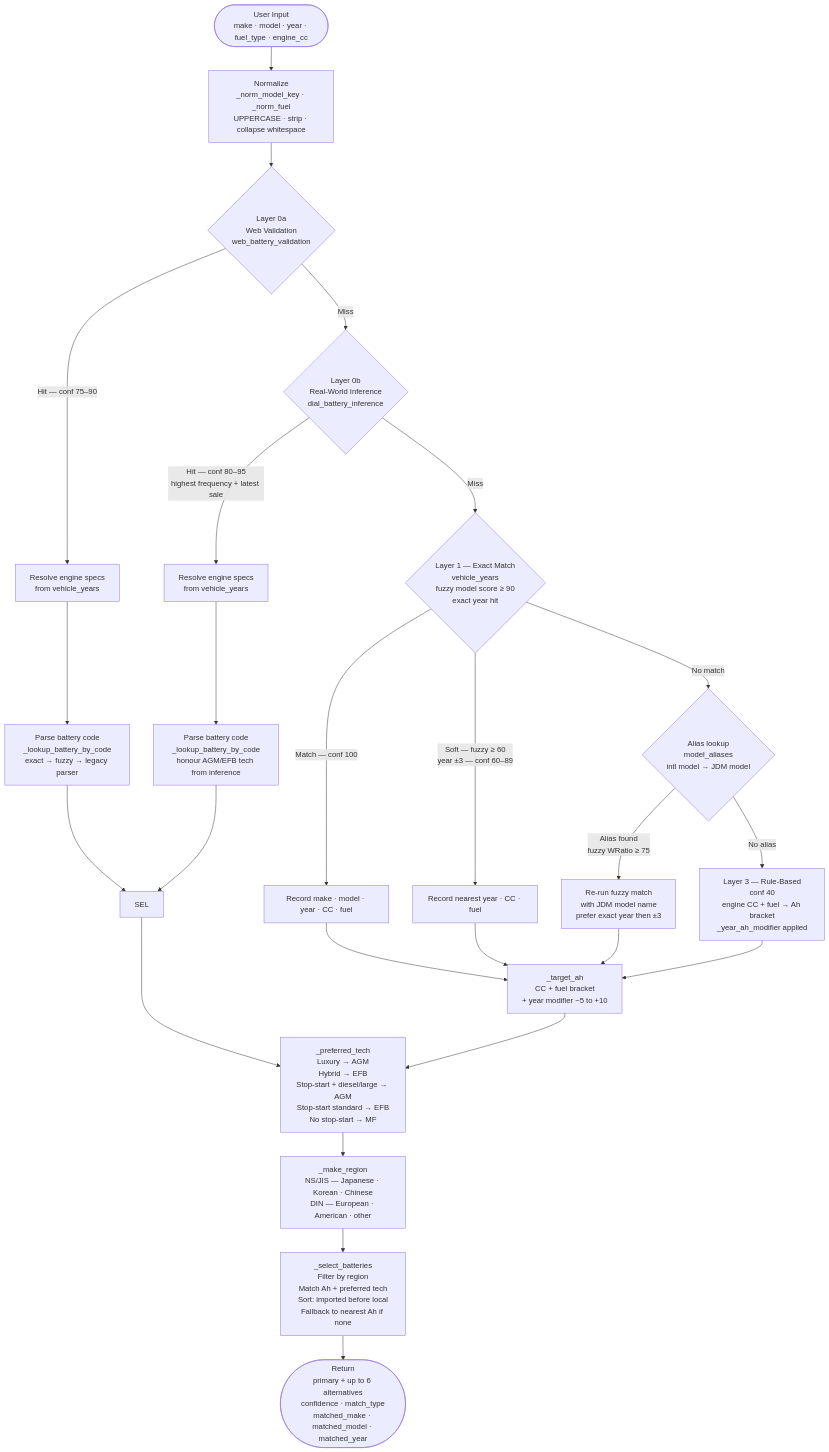
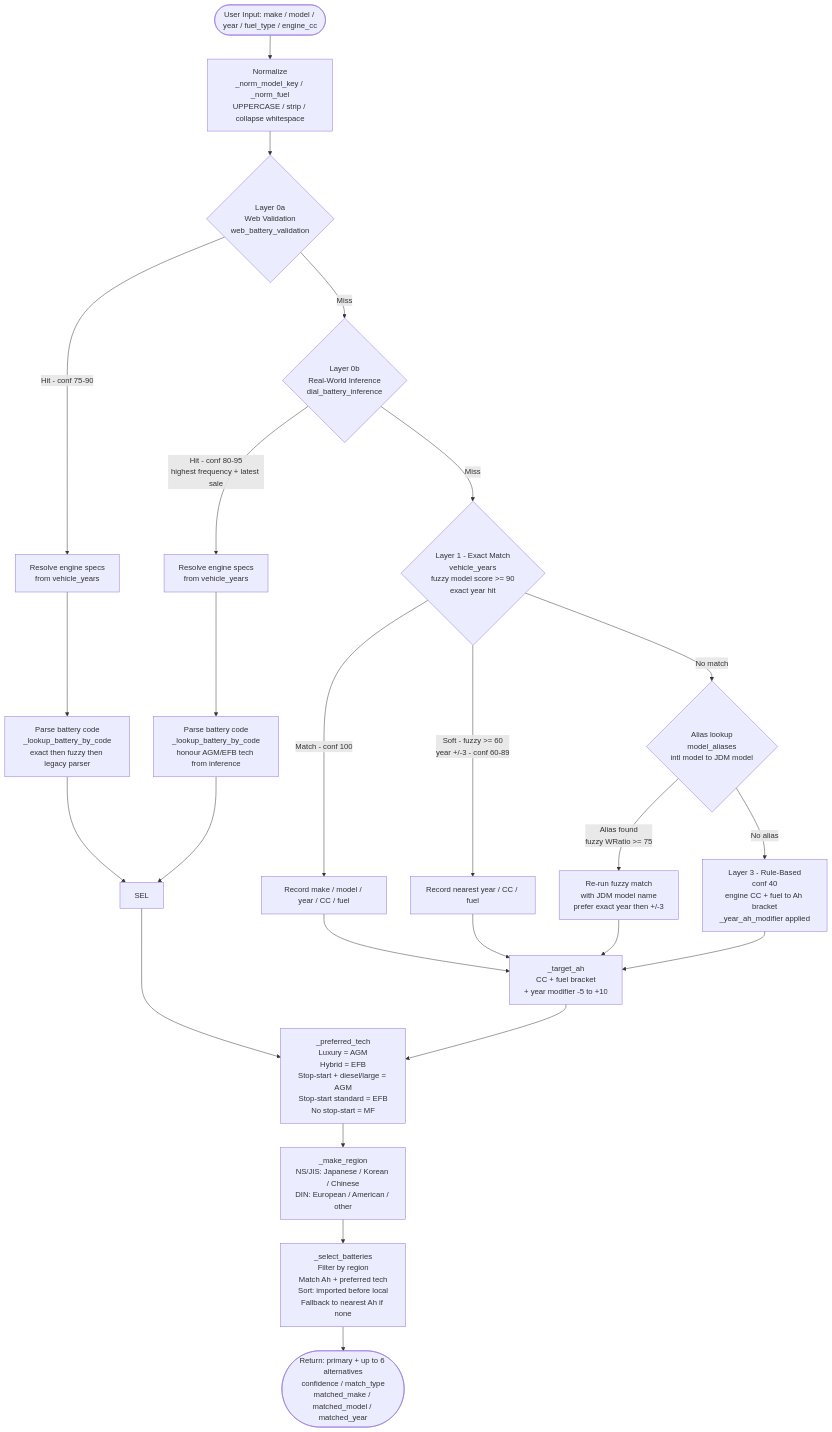
One commit to em-brandon/Chloride-Exide-KE-Battery-Finder-Web-App changed the first of 3 diagrams in README.md. Above: the diagram before and after it, drawn with Mermaid. The commit also changed other lines of this file, not shown here.

First line of the commit message:
docs: fix Mermaid diagrams not rendering on GitHub

````diff
--- a/README.md
+++ b/README.md
@@ -414,33 +414,33 @@
 ```mermaid
 flowchart TD
-    A([User Input\nmake · model · year · fuel_type · engine_cc]) --> B[Normalize\n_norm_model_key · _norm_fuel\nUPPERCASE · strip · collapse whitespace]
+    A([User Input: make / model / year / fuel_type / engine_cc]) --> B[Normalize\n_norm_model_key / _norm_fuel\nUPPERCASE / strip / collapse whitespace]
     B --> C{Layer 0a\nWeb Validation\nweb_battery_validation}
 
-    C -->|Hit — conf 75–90| D[Resolve engine specs\nfrom vehicle_years]
-    D --> WF[Parse battery code\n_lookup_battery_by_code\nexact → fuzzy → legacy parser]
+    C -->|Hit - conf 75-90| D[Resolve engine specs\nfrom vehicle_years]
+    D --> WF[Parse battery code\n_lookup_battery_by_code\nexact then fuzzy then legacy parser]
     WF --> SEL
 
     C -->|Miss| E{Layer 0b\nReal-World Inference\ndial_battery_inference}
-    E -->|Hit — conf 80–95\nhighest frequency + latest sale| G[Resolve engine specs\nfrom vehicle_years]
+    E -->|Hit - conf 80-95\nhighest frequency + latest sale| G[Resolve engine specs\nfrom vehicle_years]
     G --> WF2[Parse battery code\n_lookup_battery_by_code\nhonour AGM/EFB tech from inference]
     WF2 --> SEL
 
-    E -->|Miss| H{Layer 1 — Exact Match\nvehicle_years\nfuzzy model score ≥ 90\nexact year hit}
-    H -->|Match — conf 100| I[Record make · model · year · CC · fuel]
-    H -->|Soft — fuzzy ≥ 60\nyear ±3 — conf 60–89| J[Record nearest year · CC · fuel]
-    H -->|No match| K{Alias lookup\nmodel_aliases\nintl model → JDM model}
+    E -->|Miss| H{Layer 1 - Exact Match\nvehicle_years\nfuzzy model score >= 90\nexact year hit}
+    H -->|Match - conf 100| I[Record make / model / year / CC / fuel]
+    H -->|Soft - fuzzy >= 60\nyear +/-3 - conf 60-89| J[Record nearest year / CC / fuel]
+    H -->|No match| K{Alias lookup\nmodel_aliases\nintl model to JDM model}
 
     I --> AH
     J --> AH
 
-    K -->|Alias found\nfuzzy WRatio ≥ 75| M[Re-run fuzzy match\nwith JDM model name\nprefer exact year then ±3]
+    K -->|Alias found\nfuzzy WRatio >= 75| M[Re-run fuzzy match\nwith JDM model name\nprefer exact year then +/-3]
     M --> AH
-    K -->|No alias| N[Layer 3 — Rule-Based\nconf 40\nengine CC + fuel → Ah bracket\n_year_ah_modifier applied]
+    K -->|No alias| N[Layer 3 - Rule-Based\nconf 40\nengine CC + fuel to Ah bracket\n_year_ah_modifier applied]
     N --> AH
 
-    AH[_target_ah\nCC + fuel bracket\n+ year modifier −5 to +10] --> PT
-    SEL --> PT[_preferred_tech\nLuxury → AGM\nHybrid → EFB\nStop-start + diesel/large → AGM\nStop-start standard → EFB\nNo stop-start → MF]
-    PT --> RG[_make_region\nNS/JIS — Japanese · Korean · Chinese\nDIN — European · American · other]
+    AH[_target_ah\nCC + fuel bracket\n+ year modifier -5 to +10] --> PT
+    SEL --> PT[_preferred_tech\nLuxury = AGM\nHybrid = EFB\nStop-start + diesel/large = AGM\nStop-start standard = EFB\nNo stop-start = MF]
+    PT --> RG[_make_region\nNS/JIS: Japanese / Korean / Chinese\nDIN: European / American / other]
     RG --> SB[_select_batteries\nFilter by region\nMatch Ah + preferred tech\nSort: imported before local\nFallback to nearest Ah if none]
-    SB --> R([Return\nprimary + up to 6 alternatives\nconfidence · match_type\nmatched_make · matched_model · matched_year])
+    SB --> R([Return: primary + up to 6 alternatives\nconfidence / match_type\nmatched_make / matched_model / matched_year])
 ```
````
